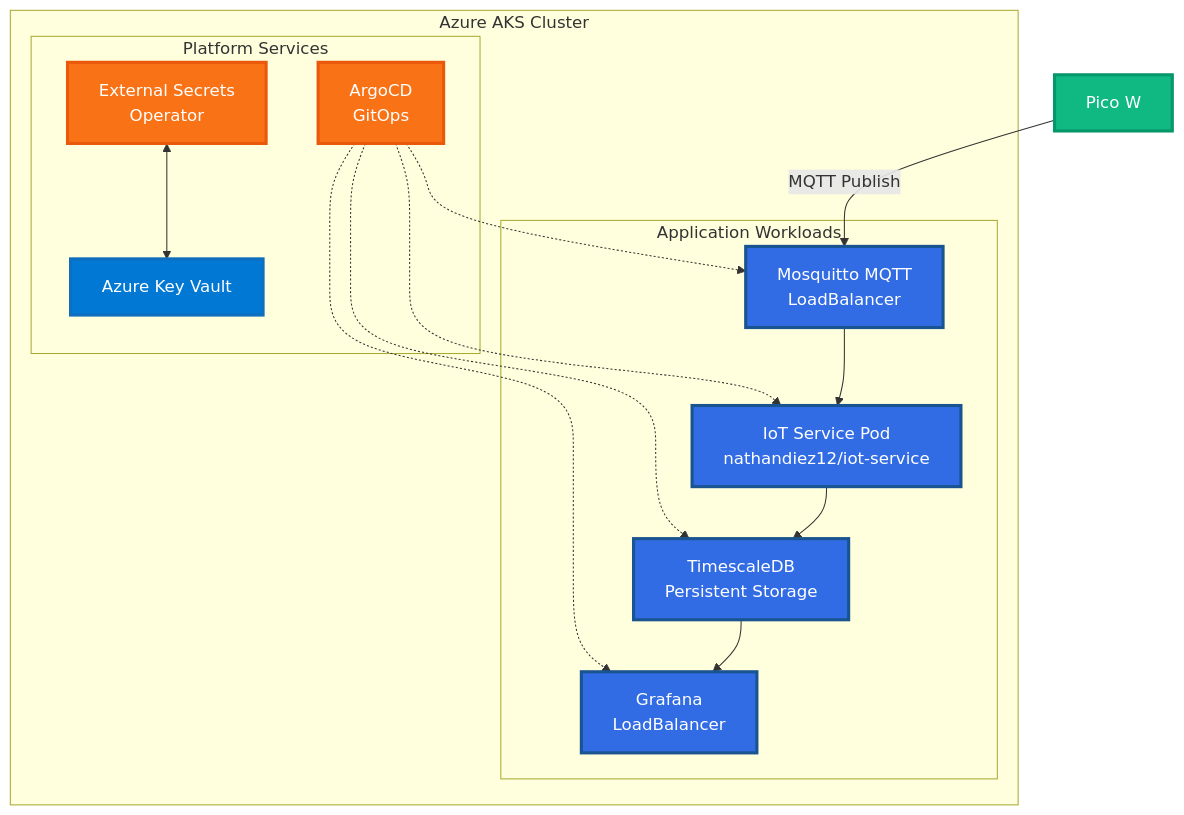
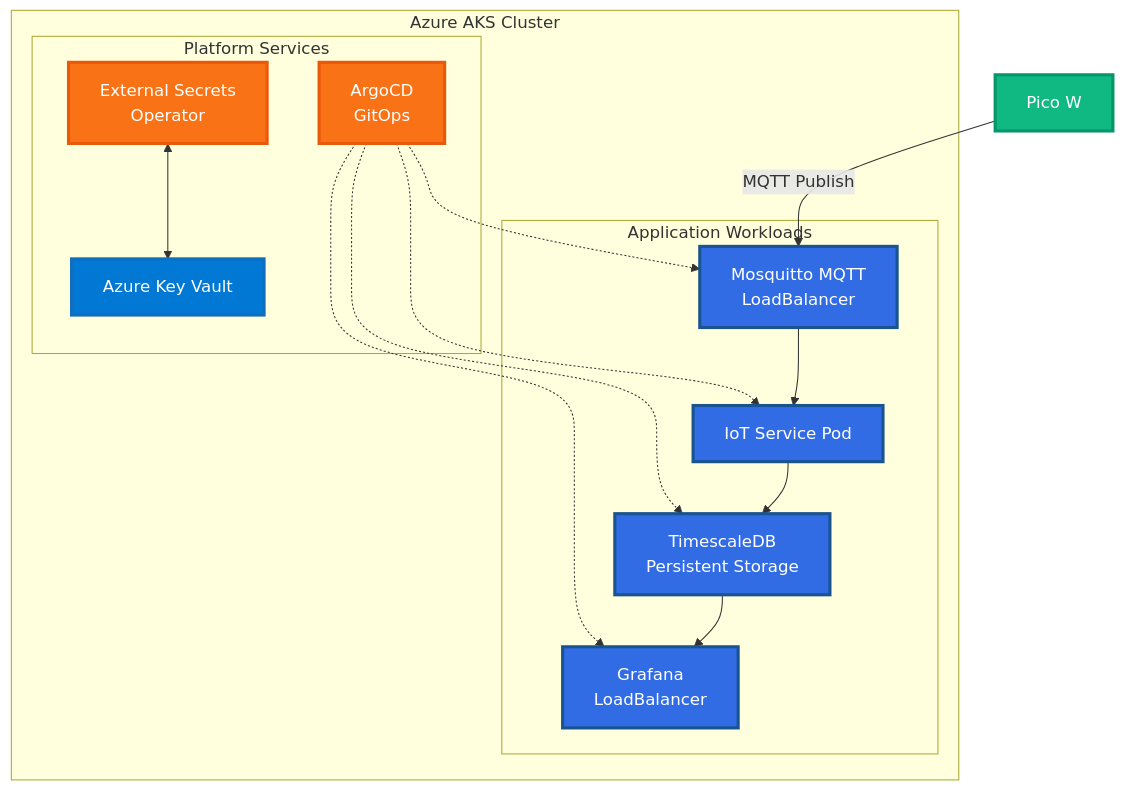
One commit to nathandiez/nathandiez changed the fourth of 7 diagrams in architecture3.md. Above: the diagram before and after it, drawn with Mermaid. The commit also changed other lines of this file, not shown here.

````diff
--- a/architecture3.md
+++ b/architecture3.md
@@ -69,40 +69,40 @@
 ```mermaid
 graph TB
   PICO_K8S["Pico W"]
   
   subgraph "Azure AKS Cluster"
     subgraph "Application Workloads"
       K8S_MQTT["Mosquitto MQTT<br/>LoadBalancer"]
       K8S_DB["TimescaleDB<br/>Persistent Storage"]
-      K8S_SERVICE["IoT Service Pod<br/>nathandiez12/iot-service"]
+      K8S_SERVICE["IoT Service Pod"]
       K8S_GRAFANA["Grafana<br/>LoadBalancer"]
     end
     
     subgraph "Platform Services"
       ARGOCD["ArgoCD<br/>GitOps"]
       EXT_SEC["External Secrets<br/>Operator"]
       KV["Azure Key Vault"]
     end
   end
   
   PICO_K8S -->|"MQTT Publish"| K8S_MQTT
   K8S_MQTT --> K8S_SERVICE
   K8S_SERVICE --> K8S_DB
   K8S_DB --> K8S_GRAFANA
   
   EXT_SEC <--> KV
   ARGOCD -.-> K8S_MQTT
   ARGOCD -.-> K8S_DB
   ARGOCD -.-> K8S_SERVICE
   ARGOCD -.-> K8S_GRAFANA
   
   classDef device fill:#10b981,stroke:#059669,stroke-width:3px,color:#fff
   classDef k8s fill:#326ce5,stroke:#1a5490,stroke-width:3px,color:#fff
   classDef azure fill:#0078d4,stroke:#106ebe,stroke-width:3px,color:#fff
   classDef gitops fill:#f97316,stroke:#ea580c,stroke-width:3px,color:#fff
   
   class PICO_K8S device
   class K8S_MQTT,K8S_DB,K8S_SERVICE,K8S_GRAFANA k8s
   class KV azure
   class ARGOCD,EXT_SEC gitops
 ```
````
